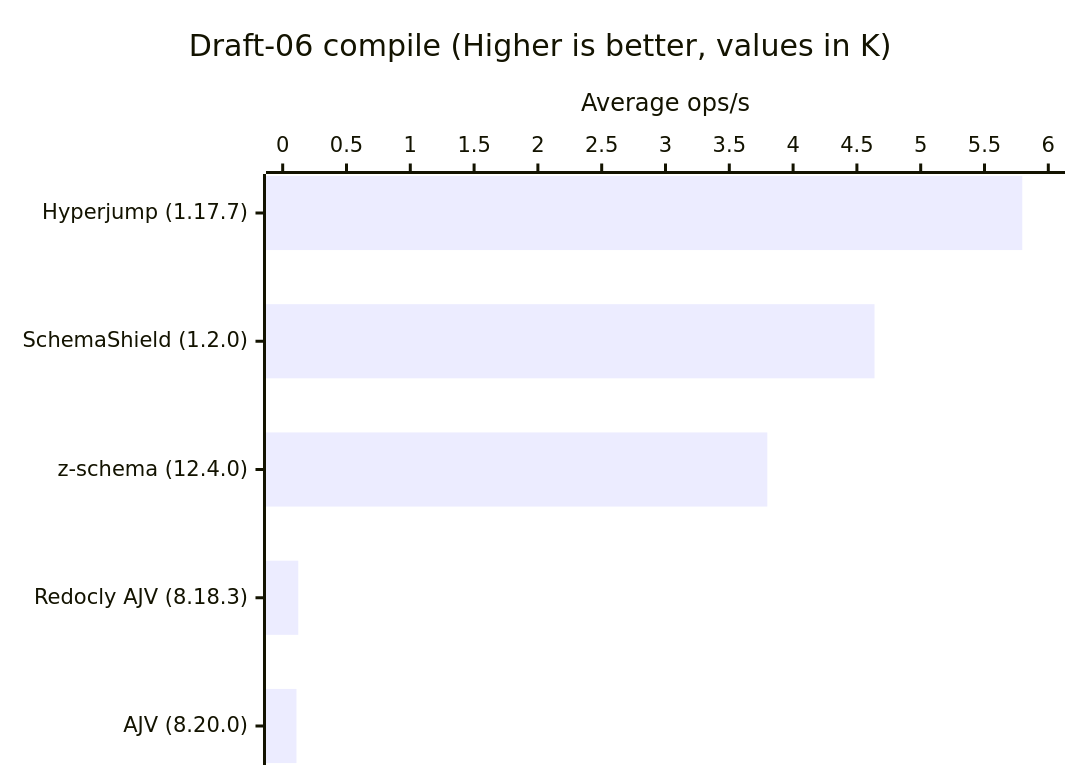
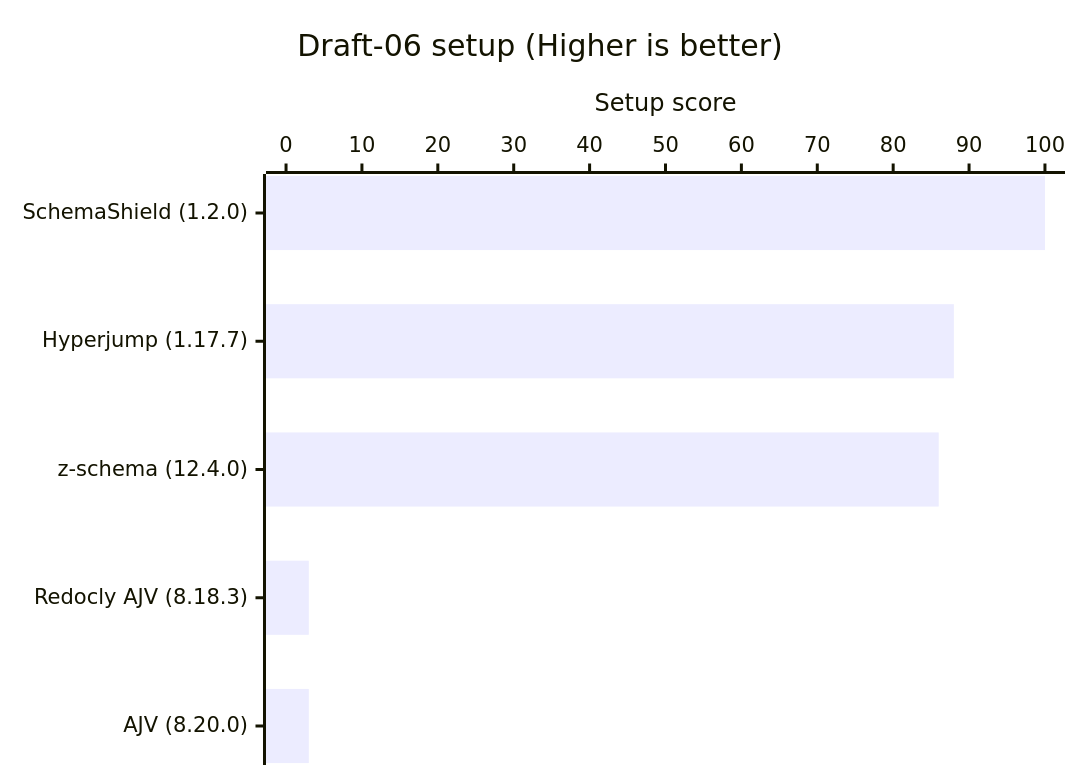
The second of 8 diagrams in README.md (Masquerade-Circus/json-schema-validator-bench), drawn with Mermaid before and after one commit. The commit also changed other lines of this file and 428 other files, not shown here.

````diff
--- a/README.md
+++ b/README.md
@@ -113,7 +121,7 @@
 ```mermaid
 xychart horizontal
-    title "Draft-06 compile (Higher is better, values in K)"
-    x-axis ["Hyperjump (1.17.7)", "SchemaShield (1.2.0)", "z-schema (12.4.0)", "Redocly AJV (8.18.3)", "AJV (8.20.0)"]
-    y-axis "Average ops/s" 0 --> 6
-    bar [5.796, 4.638, 3.798, 0.122, 0.108]
+    title "Draft-06 setup (Higher is better)"
+    x-axis ["SchemaShield (1.2.0)", "Hyperjump (1.17.7)", "z-schema (12.4.0)", "Redocly AJV (8.18.3)", "AJV (8.20.0)"]
+    y-axis "Setup score" 0 --> 100
+    bar [100, 88, 86, 3, 3]
 ```
````
